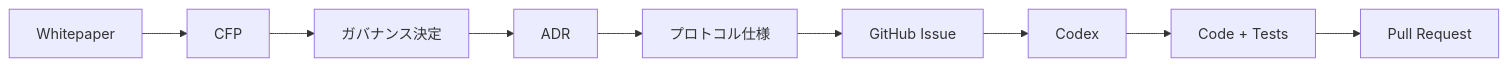
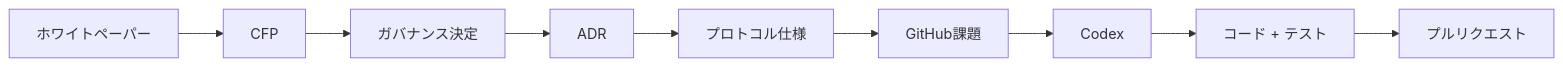
The first of 5 diagrams in docs/protocol/index.md (ShigeichiroYamasaki/creator-first-platform), drawn with Mermaid before and after one commit. The commit also changed other lines of this file and 72 other files, not shown here.

````diff
--- a/docs/protocol/index.md
+++ b/docs/protocol/index.md
@@ -39,14 +39,14 @@
 ```mermaid
 flowchart LR
-    WP[Whitepaper]
+    WP[ホワイトペーパー]
     CFP[CFP]
     GOV[ガバナンス決定]
     ADR[ADR]
     SPEC[プロトコル仕様]
-    ISSUE[GitHub Issue]
+    ISSUE[GitHub課題]
     AI[Codex]
-    CODE[Code + Tests]
-    PR[Pull Request]
+    CODE[コード + テスト]
+    PR[プルリクエスト]
 
     WP --> CFP --> GOV --> ADR --> SPEC --> ISSUE --> AI --> CODE --> PR
 ```
````
